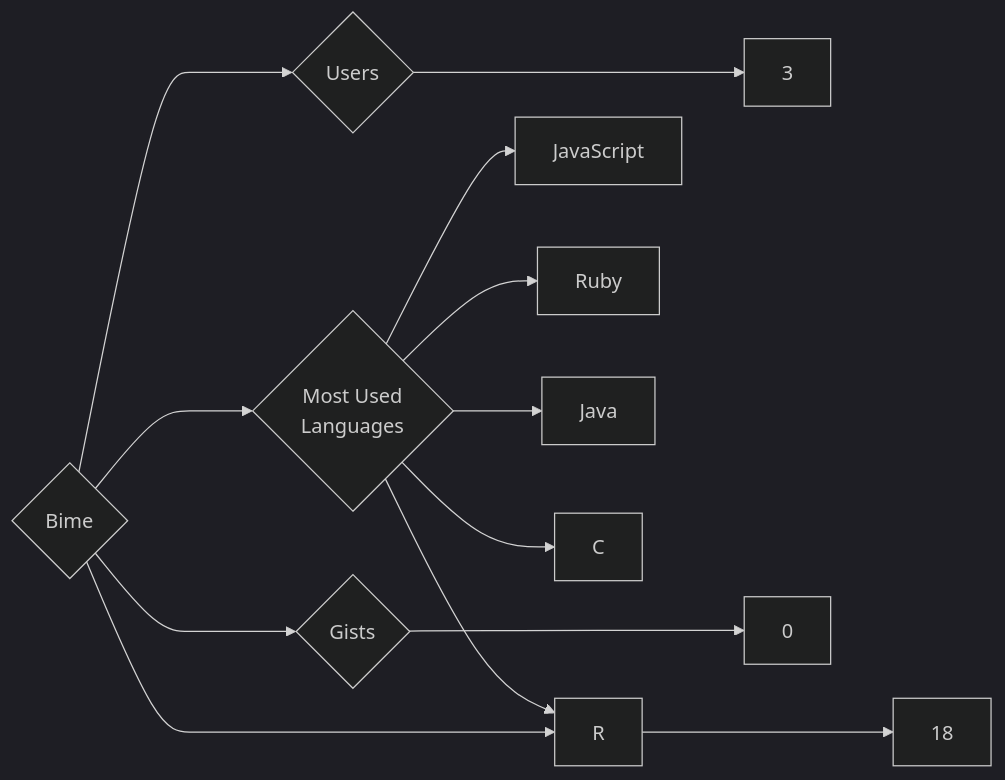
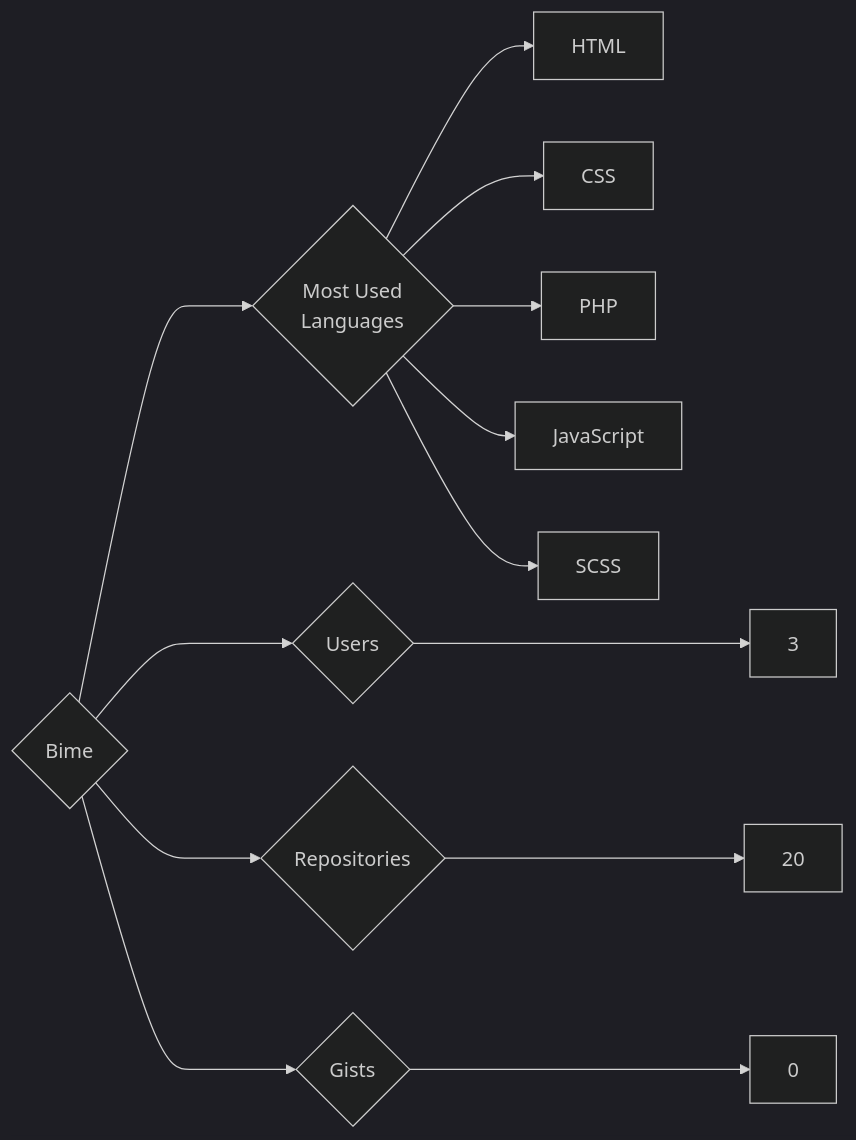
Before and after one commit to trickest/insiders: the diagram in targets/Bime/README.md, drawn with Mermaid (dark theme). The commit also changed 912 other files, not shown here.

````diff
--- a/targets/Bime/README.md
+++ b/targets/Bime/README.md
@@ -3,13 +3,13 @@
 ```mermaid
 graph LR
 COMPANY_NAME{Bime}
 COMPANY_NAME ---> U{Users} ---> UN[3]
-COMPANY_NAME ---> R{Repositories} ---> RN[18]
+COMPANY_NAME ---> R{Repositories} ---> RN[20]
 COMPANY_NAME ---> G{Gists} ---> GN[0]
 COMPANY_NAME ---> ML{Most Used<br>Languages}
+ML --> HTML[HTML]
+ML --> CSS[CSS]
+ML --> PHP[PHP]
 ML --> JavaScript[JavaScript]
-ML --> Ruby[Ruby]
-ML --> R[R]
-ML --> Java[Java]
-ML --> C[C]
+ML --> SCSS[SCSS]
 ```
````
